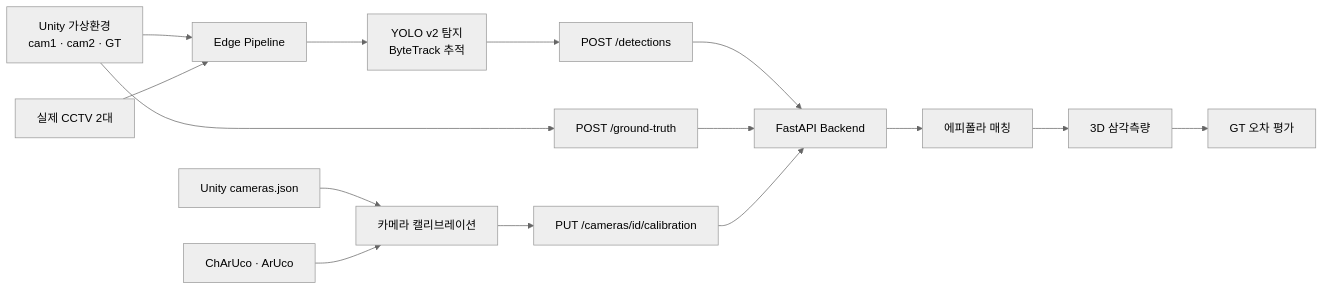
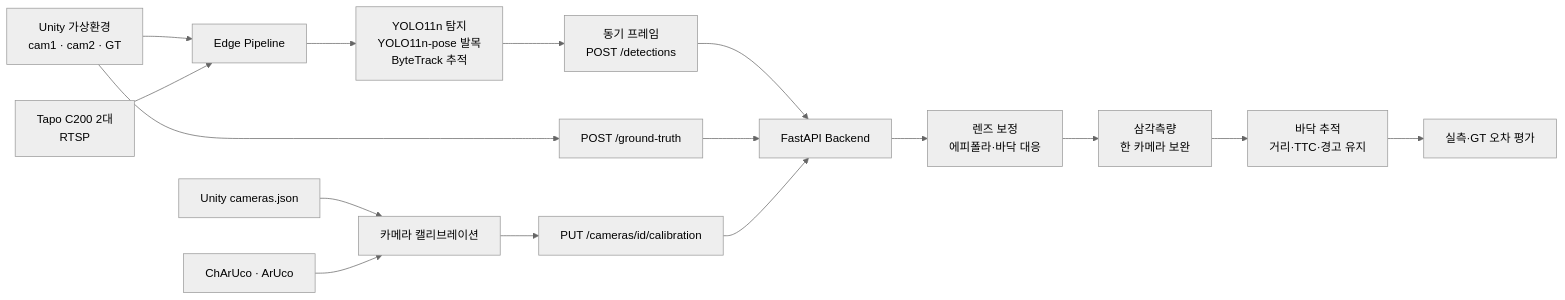
Before and after one commit to geunchanKim/Comprehensive-Design-Project2-CCTV-Safety: the diagram in README.md, drawn with Mermaid (neutral theme). The commit also changed other lines of this file, not shown here.

````diff
--- a/README.md
+++ b/README.md
@@ -34,17 +42,18 @@
 ```mermaid
 flowchart LR
     U[Unity 가상환경<br/>cam1 · cam2 · GT] --> E[Edge Pipeline]
-    C[실제 CCTV 2대] --> E
-    E --> Y[YOLO v2 탐지<br/>ByteTrack 추적]
-    Y --> D[POST /detections]
+    C[Tapo C200 2대<br/>RTSP] --> E
+    E --> Y[YOLO11n 탐지<br/>YOLO11n-pose 발목<br/>ByteTrack 추적]
+    Y --> D[동기 프레임<br/>POST /detections]
     U --> G[POST /ground-truth]
-    UC[Unity cameras.json] --> K[카메라 캘리브레이션]
-    RC[ChArUco · ArUco] --> K
-    K --> P[PUT /cameras/id/calibration]
+    UC[Unity cameras.json] --> CAL[카메라 캘리브레이션]
+    RC[ChArUco · ArUco] --> CAL
+    CAL --> P[PUT /cameras/id/calibration]
     D --> B[FastAPI Backend]
     G --> B
     P --> B
-    B --> M[에피폴라 매칭]
-    M --> T[3D 삼각측량]
-    T --> V[GT 오차 평가]
+    B --> M[렌즈 보정<br/>에피폴라·바닥 대응]
+    M --> T[삼각측량<br/>한 카메라 보완]
+    T --> S[바닥 추적<br/>거리·TTC·경고 유지]
+    S --> V[실측·GT 오차 평가]
 ```
````
